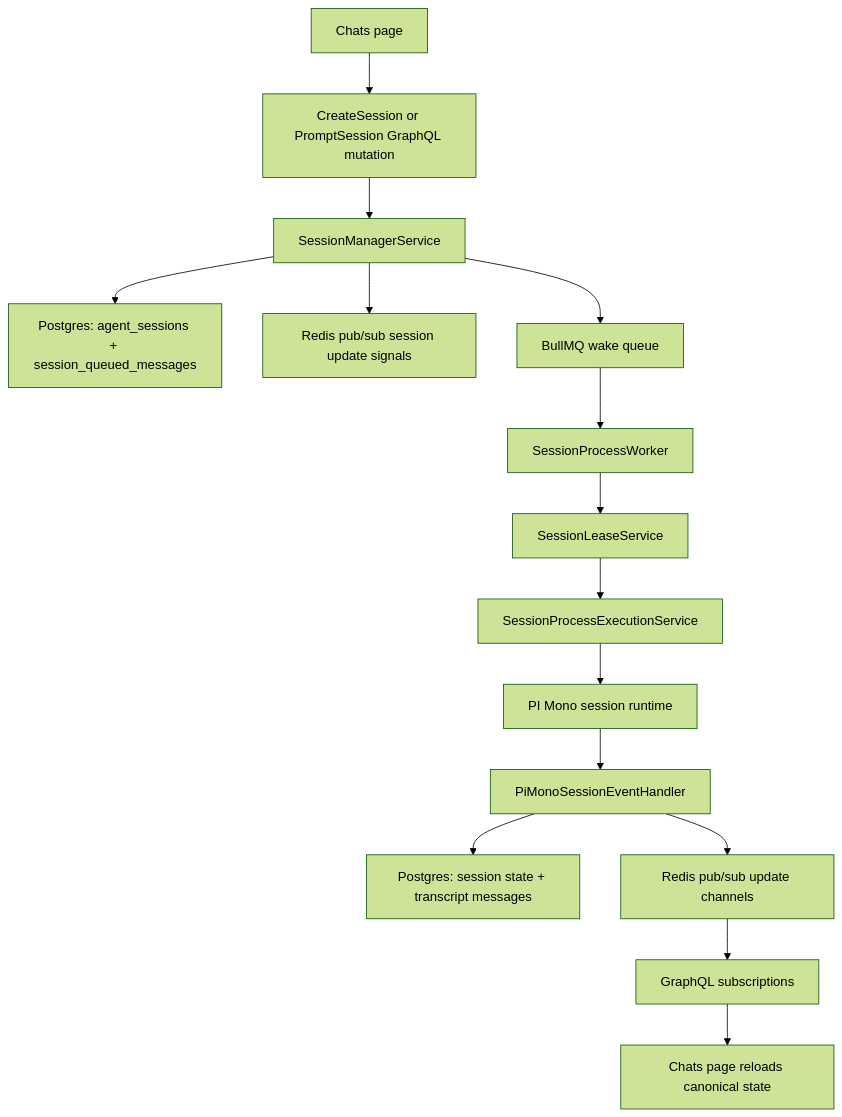
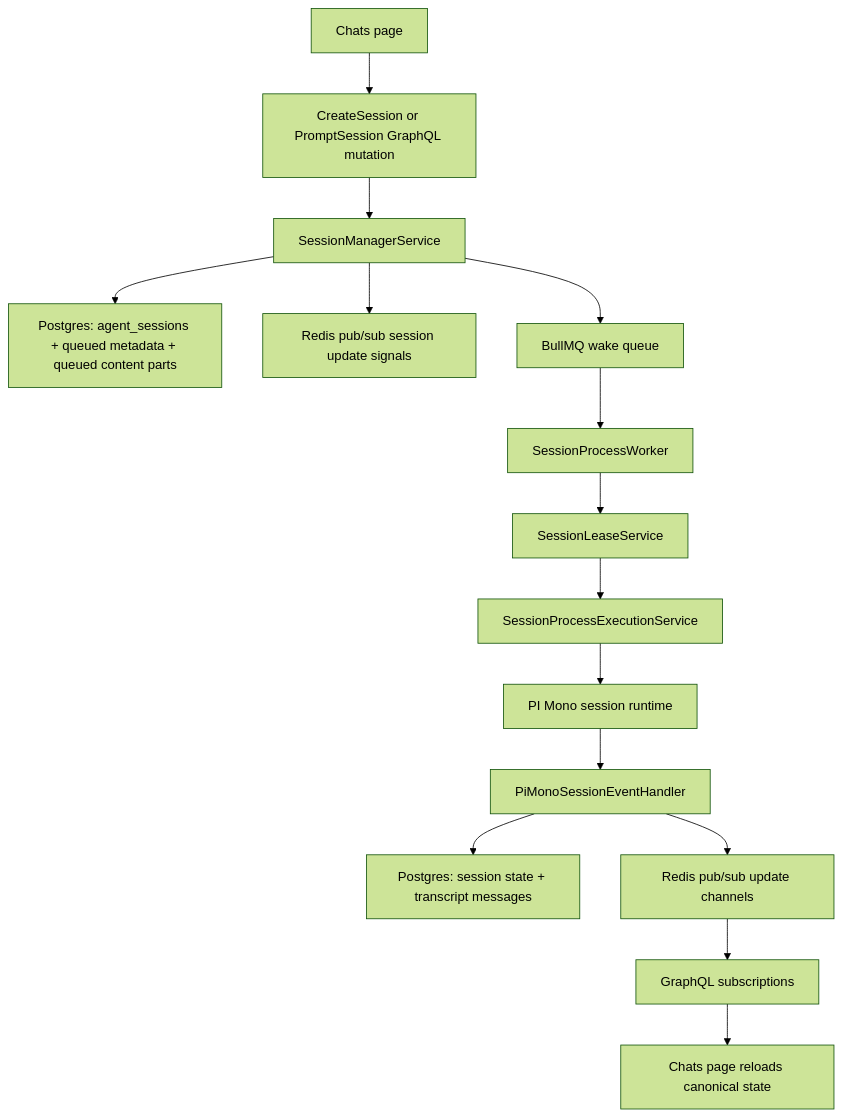
Before and after one commit to CompanyHelm/companyhelm: the diagram in docs/architecture/chat-message-processing.md, drawn with Mermaid (forest theme). The commit also changed other lines of this file and 7 other files, not shown here.

````diff
--- a/docs/architecture/chat-message-processing.md
+++ b/docs/architecture/chat-message-processing.md
@@ -14,17 +14,17 @@
 ```mermaid
 flowchart TD
     A["Chats page"] --> B["CreateSession or PromptSession GraphQL mutation"]
     B --> C["SessionManagerService"]
-    C --> D["Postgres: agent_sessions + session_queued_messages"]
+    C --> D["Postgres: agent_sessions + queued metadata + queued content parts"]
     C --> E["Redis pub/sub session update signals"]
     C --> F["BullMQ wake queue"]
     F --> G["SessionProcessWorker"]
     G --> H["SessionLeaseService"]
     H --> I["SessionProcessExecutionService"]
     I --> J["PI Mono session runtime"]
     J --> K["PiMonoSessionEventHandler"]
     K --> L["Postgres: session state + transcript messages"]
     K --> M["Redis pub/sub update channels"]
     M --> N["GraphQL subscriptions"]
     N --> O["Chats page reloads canonical state"]
 ```
````
